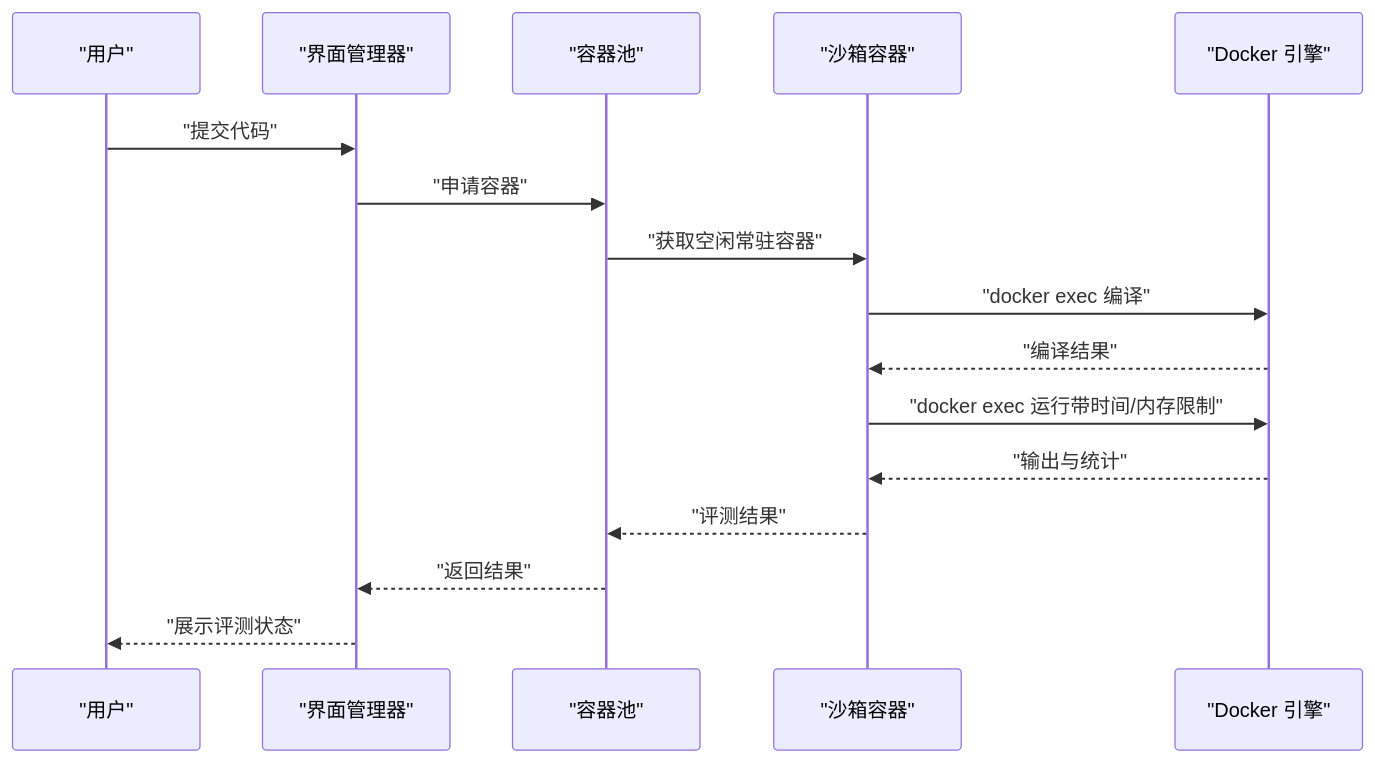
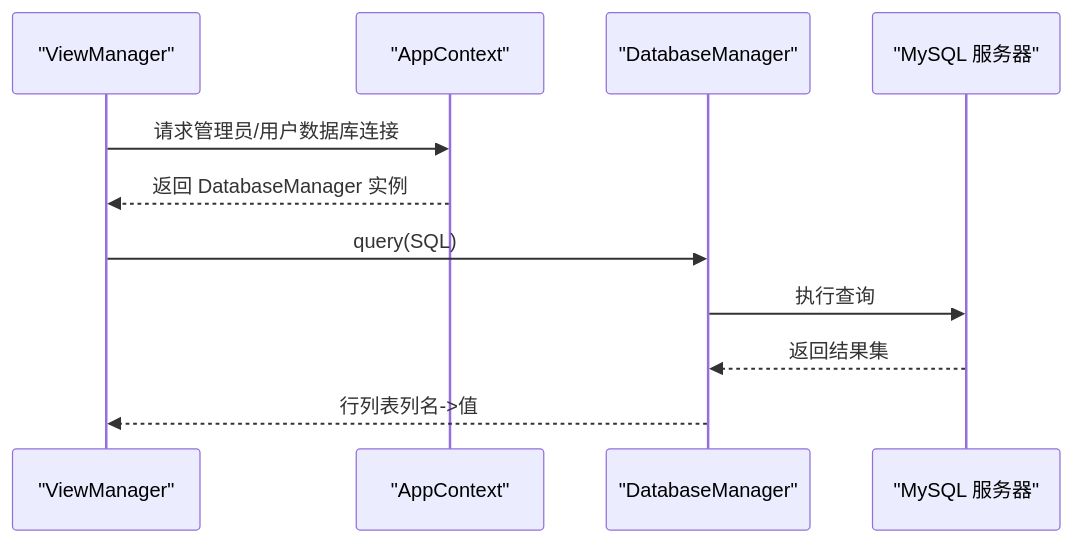
One commit to jinpeng900/OJ-Test changed the fifth of 7 diagrams in .qoder/repowiki/zh/content/快速开始.md. Above: the diagram before and after it, drawn with Mermaid. The commit also changed other lines of this file and 42 other files, not shown here.

````diff
--- a/.qoder/repowiki/zh/content/快速开始.md
+++ b/.qoder/repowiki/zh/content/快速开始.md
@@ -299,18 +181,13 @@
 ```mermaid
 sequenceDiagram
-participant U as "用户"
-participant VM as "界面管理器"
-participant CP as "容器池"
-participant SC as "沙箱容器"
-participant DK as "Docker 引擎"
-U->>VM : "提交代码"
-VM->>CP : "申请容器"
-CP->>SC : "获取空闲常驻容器"
-SC->>DK : "docker exec 编译"
-DK-->>SC : "编译结果"
-SC->>DK : "docker exec 运行带时间/内存限制"
-DK-->>SC : "输出与统计"
-SC-->>CP : "评测结果"
-CP-->>VM : "返回结果"
-VM-->>U : "展示评测状态"
+participant VM as "ViewManager"
+participant AC as "AppContext"
+participant DM as "DatabaseManager"
+participant MySQL as "MySQL 服务器"
+VM->>AC : 请求管理员/用户数据库连接
+AC-->>VM : 返回 DatabaseManager 实例
+VM->>DM : query(SQL)
+DM->>MySQL : 执行查询
+MySQL-->>DM : 返回结果集
+DM-->>VM : 行列表列名->值
 ```
````
